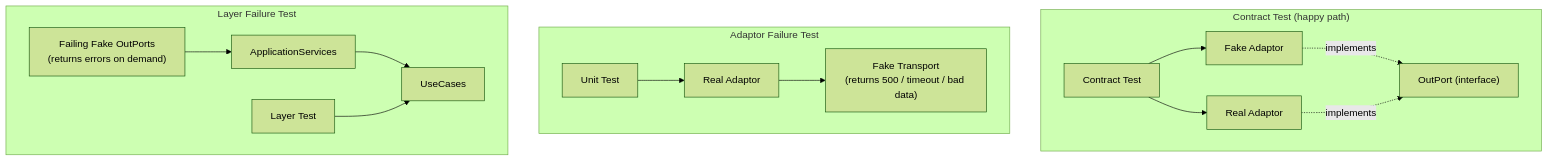
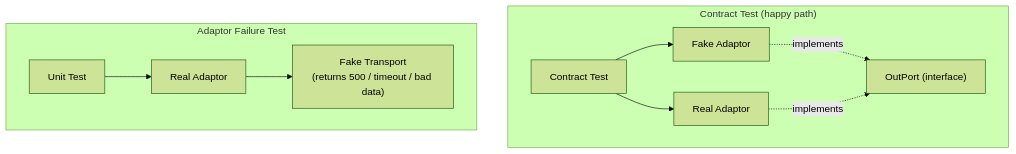
Before and after one commit to gypsydave5/gypsydave5.github.io: the fourth of 4 diagrams in posts/an_approach_to_testing_a_ports_and_adaptors_web_application.md, drawn with Mermaid (forest theme). The commit also changed other lines of this file, not shown here.

First line of the commit message:
Rewrite ports-and-adaptors post in author's voice

````diff
--- a/posts/an_approach_to_testing_a_ports_and_adaptors_web_application.md
+++ b/posts/an_approach_to_testing_a_ports_and_adaptors_web_application.md
@@ -324,20 +329,14 @@
 ```mermaid
 flowchart TD
     subgraph "Contract Test (happy path)"
         FakeAdaptor["Fake Adaptor"] -. "implements" .-> OutPort["OutPort (interface)"]
         RealAdaptor["Real Adaptor"] -. "implements" .-> OutPort
         ContractTest["Contract Test"] --> FakeAdaptor
         ContractTest --> RealAdaptor
     end
 
     subgraph "Adaptor Failure Test"
         RealAdaptor2["Real Adaptor"] --> FakeTransport["Fake Transport<br>(returns 500 / timeout / bad data)"]
         AdaptorTest["Unit Test"] --> RealAdaptor2
     end
-
-    subgraph "Layer Failure Test"
-        FailingFake["Failing Fake OutPorts<br>(returns errors on demand)"] --> AppServices["ApplicationServices"]
-        AppServices --> UseCases["UseCases"]
-        LayerTest["Layer Test"] --> UseCases
-    end
 ```
````
